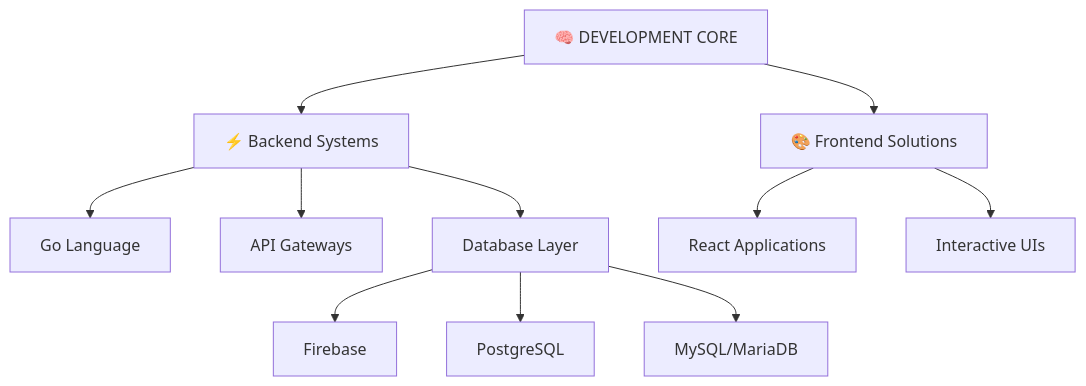
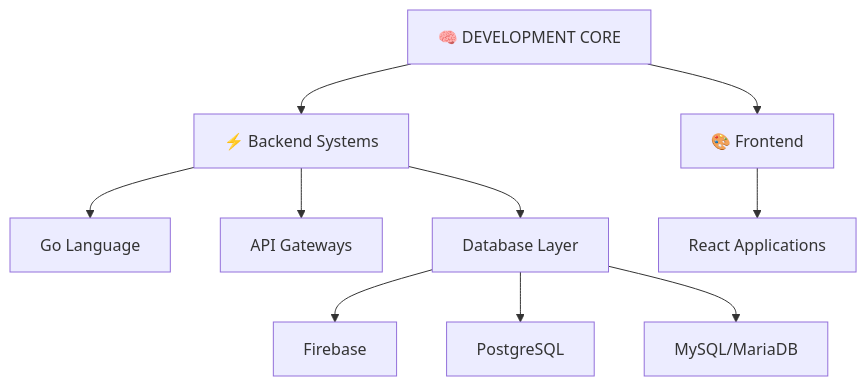
One commit to itsramaa/itsramaa changed the diagram in readme.MD. Above: the diagram before and after it, drawn with Mermaid.

````diff
--- a/readme.MD
+++ b/readme.MD
@@ -15,13 +15,12 @@
 ```mermaid
 graph TD
     A[🧠 DEVELOPMENT CORE] --> B[⚡ Backend Systems]
-    A --> C[🎨 Frontend Solutions] 
+    A --> C[🎨 Frontend] 
     B --> E[Go Language]
     B --> F[API Gateways]
     B --> G[Database Layer]
     C --> H[React Applications]
-    C --> I[Interactive UIs]
     G --> L[Firebase]
     G --> M[PostgreSQL]
     G --> N[MySQL/MariaDB]
 ```
````
